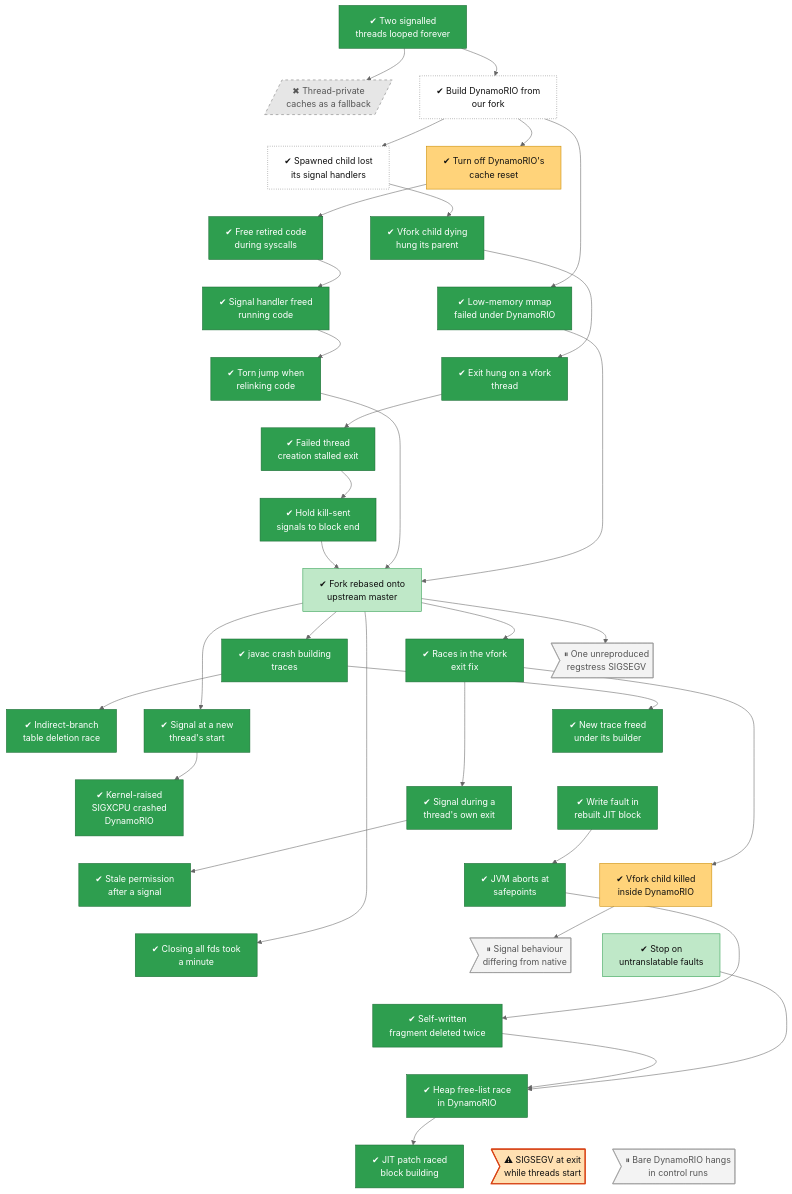
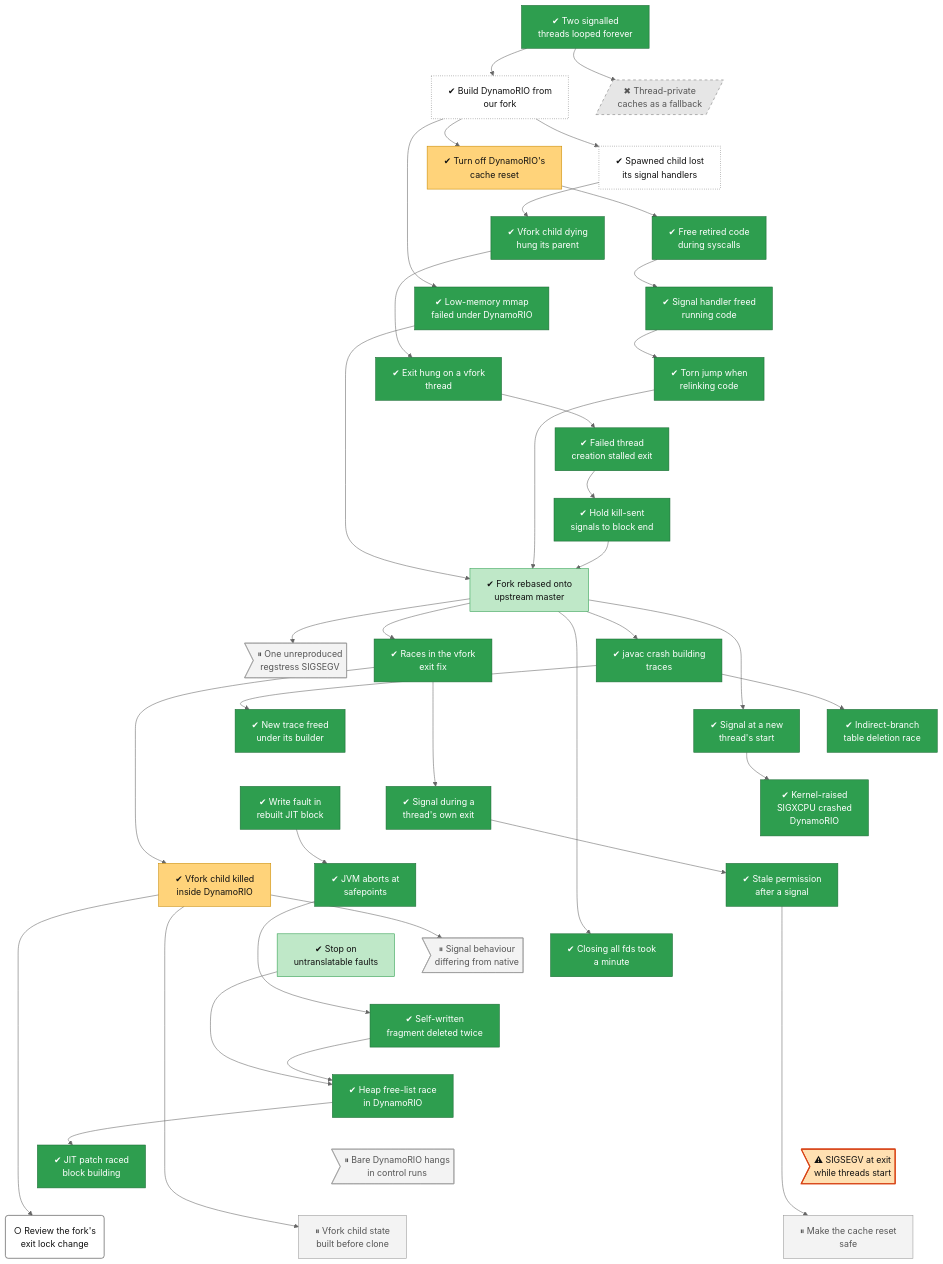
Before and after one commit to lhns/v3compat: the diagram in docs/roadmap/tracks/fork.md, drawn with Mermaid (neutral theme). The commit also changed other lines of this file and 10 other files, not shown here.

First line of the commit message:
Roadmap: phase gates, forward work and an overview spine

````diff
--- a/docs/roadmap/tracks/fork.md
+++ b/docs/roadmap/tracks/fork.md
@@ -43,6 +43,9 @@
     fork_selfmod_race["✔ JIT patch raced<br/>block building"]
     fork_exit_sigsegv>"⚠ SIGSEGV at exit<br/>while threads start"]
     fork_bare_dr_hang>"⏸ Bare DynamoRIO hangs<br/>in control runs"]
+    fork_exit_lock_review("○ Review the fork's<br/>exit lock change")
+    fork_reset_fix["⏸ Make the cache reset<br/>safe"]
+    fork_vfork_state["⏸ Vfork child state<br/>built before clone"]
     fork_signal_hang ~~~ fork_thread_private
     fork_signal_hang ~~~ fork_build
     fork_thread_private ~~~ fork_clone3
@@ -79,6 +82,9 @@
     fork_heap_race ~~~ fork_selfmod_race
     fork_heap_race ~~~ fork_exit_sigsegv
     fork_heap_race ~~~ fork_bare_dr_hang
+    fork_selfmod_race ~~~ fork_exit_lock_review
+    fork_exit_sigsegv ~~~ fork_reset_fix
+    fork_bare_dr_hang ~~~ fork_vfork_state
     fork_signal_hang --> fork_thread_private
     fork_signal_hang --> fork_build
     fork_build --> fork_clone3
@@ -111,6 +117,9 @@
     fork_selfwrite_flush --> fork_heap_race
     fork_refuse_untranslatable --> fork_heap_race
     fork_heap_race --> fork_selfmod_race
+    fork_vfork_kill --> fork_exit_lock_review
+    fork_safe_spot --> fork_reset_fix
+    fork_vfork_kill --> fork_vfork_state
     classDef vsucc fill:#2e9e4f,stroke:#1b6b34,color:#fff
     classDef succ fill:#bfe8c8,stroke:#2e9e4f,color:#111
     classDef mixed fill:#ffd37a,stroke:#c98a00,color:#111
@@ -130,6 +139,7 @@
     class fork_build,fork_clone3 unrated
     class fork_cache_reset,fork_vfork_kill mixed
     class fork_rebase,fork_refuse_untranslatable succ
-    class fork_regstress_segv,fork_signal_deviations,fork_bare_dr_hang parked
+    class fork_regstress_segv,fork_signal_deviations,fork_bare_dr_hang,fork_reset_fix,fork_vfork_state parked
     class fork_exit_sigsegv finding
+    class fork_exit_lock_review next
 ```
````
